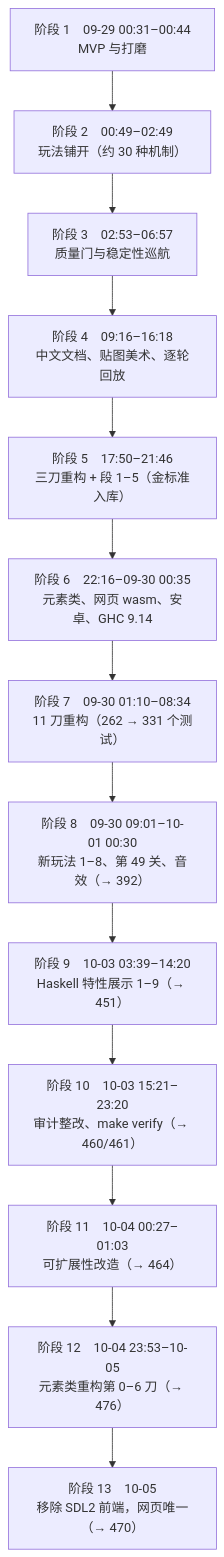
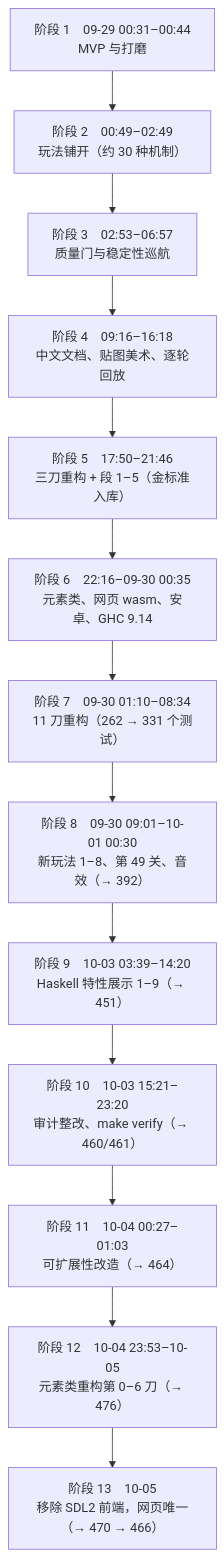
One commit to exsabersac/match3 changed the diagram in docs/guide/08-演进史.md. Above: the diagram before and after it, drawn with Mermaid. The commit also changed other lines of this file and 16 other files, not shown here.

````diff
--- a/docs/guide/08-演进史.md
+++ b/docs/guide/08-演进史.md
@@ -10,15 +10,15 @@
 ```mermaid
 flowchart TB
   A["阶段 1　09-29 00:31–00:44<br/>MVP 与打磨"] --> B["阶段 2　00:49–02:49<br/>玩法铺开（约 30 种机制）"]
   B --> C["阶段 3　02:53–06:57<br/>质量门与稳定性巡航"]
   C --> D["阶段 4　09:16–16:18<br/>中文文档、贴图美术、逐轮回放"]
   D --> E["阶段 5　17:50–21:46<br/>三刀重构 + 段 1–5（金标准入库）"]
   E --> F["阶段 6　22:16–09-30 00:35<br/>元素类、网页 wasm、安卓、GHC 9.14"]
   F --> G["阶段 7　09-30 01:10–08:34<br/>11 刀重构（262 → 331 个测试）"]
   G --> H["阶段 8　09-30 09:01–10-01 00:30<br/>新玩法 1–8、第 49 关、音效（→ 392）"]
   H --> I["阶段 9　10-03 03:39–14:20<br/>Haskell 特性展示 1–9（→ 451）"]
   I --> J["阶段 10　10-03 15:21–23:20<br/>审计整改、make verify（→ 460/461）"]
   J --> K["阶段 11　10-04 00:27–01:03<br/>可扩展性改造（→ 464）"]
   K --> L["阶段 12　10-04 23:53–10-05<br/>元素类重构第 0–6 刀（→ 476）"]
-  L --> M["阶段 13　10-05<br/>移除 SDL2 前端，网页唯一（→ 470）"]
+  L --> M["阶段 13　10-05<br/>移除 SDL2 前端，网页唯一（→ 470 → 466）"]
 ```
````
